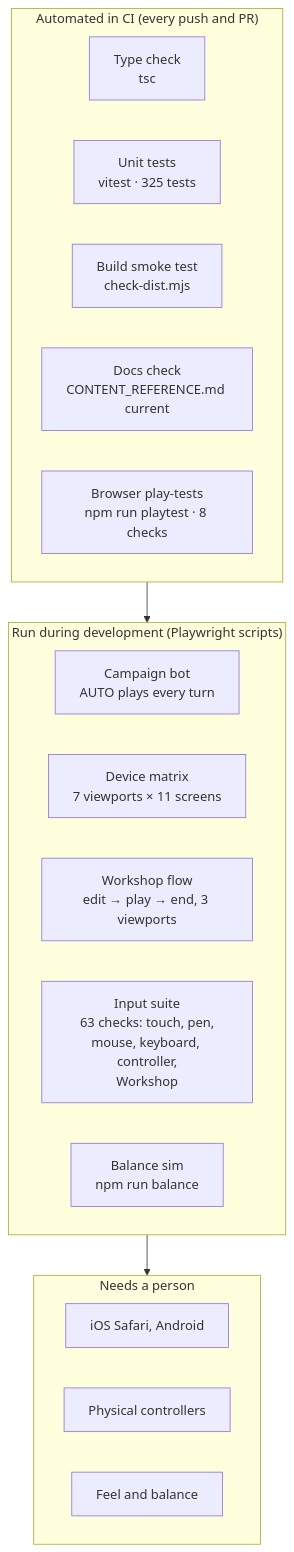
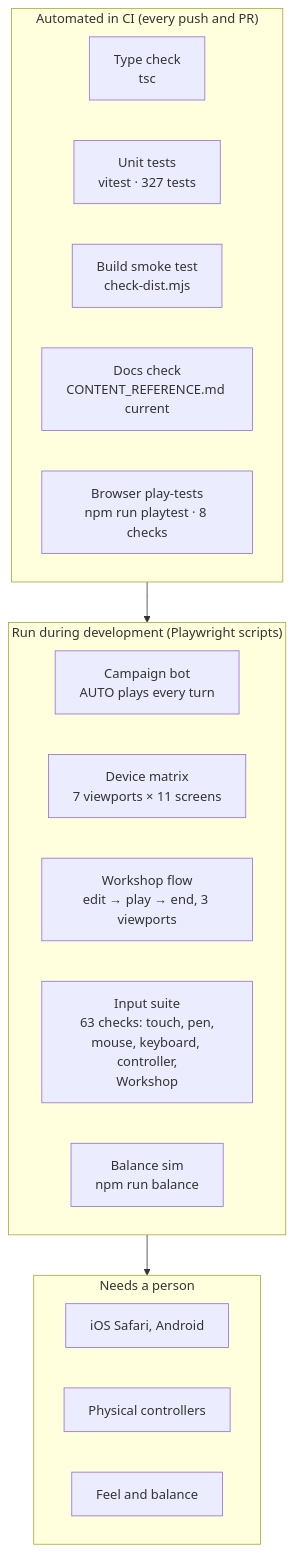
The diagram in docs/TESTING.md (CptNope/Chess-RPG-Tactics), drawn with Mermaid before and after one commit. The commit also changed other lines of this file and 17 other files, not shown here.

````diff
--- a/docs/TESTING.md
+++ b/docs/TESTING.md
@@ -9,23 +9,23 @@
 ```mermaid
 flowchart TB
     subgraph Auto["Automated in CI (every push and PR)"]
         T1["Type check<br/>tsc"]
-        T2["Unit tests<br/>vitest · 325 tests"]
+        T2["Unit tests<br/>vitest · 327 tests"]
         T3["Build smoke test<br/>check-dist.mjs"]
         T4["Docs check<br/>CONTENT_REFERENCE.md current"]
         T5["Browser play-tests<br/>npm run playtest · 8 checks"]
     end
     subgraph Dev["Run during development (Playwright scripts)"]
         P1["Campaign bot<br/>AUTO plays every turn"]
         P2["Device matrix<br/>7 viewports × 11 screens"]
         P4["Workshop flow<br/>edit → play → end, 3 viewports"]
         P3["Input suite<br/>63 checks: touch, pen,<br/>mouse, keyboard, controller,<br/>Workshop"]
         P5["Balance sim<br/>npm run balance"]
     end
     subgraph Human["Needs a person"]
         H1["iOS Safari, Android"]
         H2["Physical controllers"]
         H3["Feel and balance"]
     end
     Auto --> Dev --> Human
 ```
````
